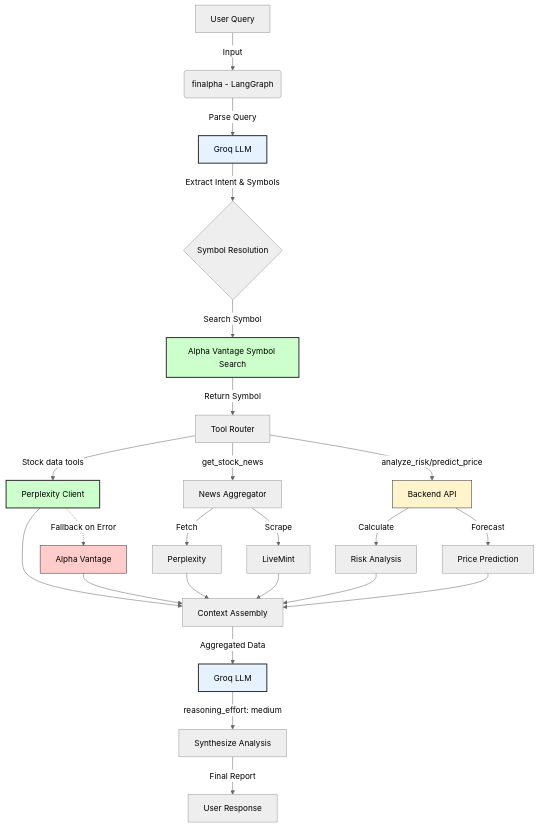
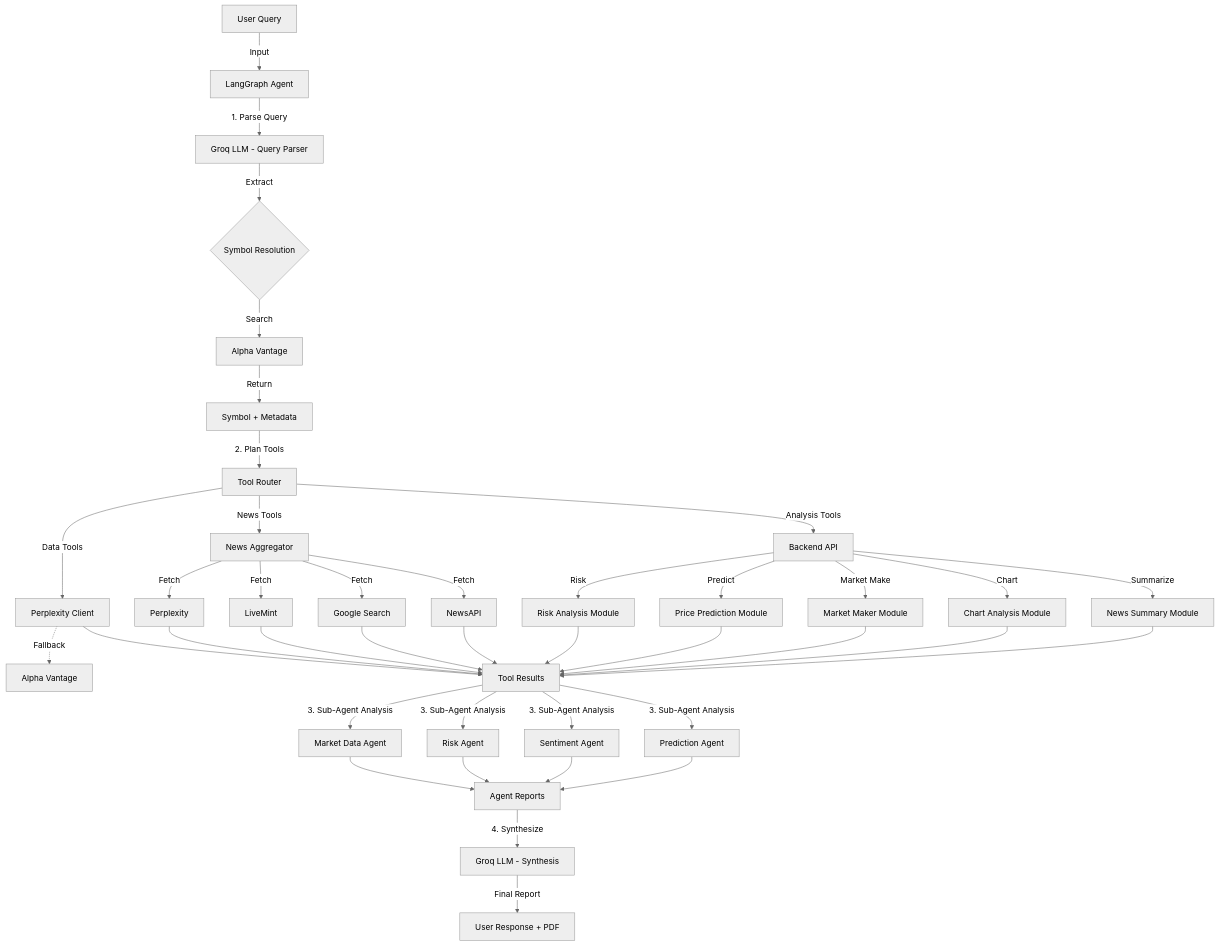
Before and after one commit to Shreyas-prog108/fin-alpha: the diagram in README.md, drawn with Mermaid (neutral theme). The commit also changed other lines of this file and 20 other files, not shown here.

Commit message:
added google search client,improve fallback,prompts,tool calling

````diff
--- a/README.md
+++ b/README.md
@@ -46,38 +59,52 @@
 ```mermaid
 graph TD
-    A[User Query] -->|Input| B(finalpha - LangGraph)
-    B -->|Parse Query| C[Groq LLM]
-    C -->|Extract Intent & Symbols| D{Symbol Resolution}
-  
-    D -->|Search Symbol| E[Alpha Vantage Symbol Search]
-    E -->|Return Symbol| F[Tool Router]
-  
-    F -->|Stock data tools| G[Perplexity Client]
-    G -.->|Fallback on Error| H[Alpha Vantage]
-  
-    F -->|get_stock_news| I[News Aggregator]
-    I -->|Fetch| J1[Perplexity]
-    I -->|Scrape| J2[LiveMint]
-  
-    F -->|analyze_risk/predict_price| K[Backend API]
-    K -->|Calculate| L1[Risk Analysis]
-    K -->|Forecast| L2[Price Prediction]
-  
-    G --> M[Context Assembly]
-    H --> M
-    J1 --> M
-    J2 --> M
-    L1 --> M
-    L2 --> M
-  
-    M -->|Aggregated Data| N[Groq LLM]
-    N -->|reasoning_effort: medium| O[Synthesize Analysis]
-    O -->|Final Report| P[User Response]
-  
-    style E fill:#ccffcc,stroke:#333,stroke-width:2px
-    style G fill:#ccffcc,stroke:#333,stroke-width:2px
-    style H fill:#ffcccc,stroke:#333
-    style C fill:#e6f3ff,stroke:#333,stroke-width:2px
-    style N fill:#e6f3ff,stroke:#333,stroke-width:2px
-    style K fill:#fff4cc,stroke:#333
+    A[User Query] -->|Input| B[LangGraph Agent]
+    
+    B -->|1. Parse Query| C[Groq LLM - Query Parser]
+    C -->|Extract| D{Symbol Resolution}
+    
+    D -->|Search| E[Alpha Vantage]
+    E -->|Return| F[Symbol + Metadata]
+    
+    F -->|2. Plan Tools| G[Tool Router]
+    
+    G -->|Data Tools| H[Perplexity Client]
+    H -.->|Fallback| I[Alpha Vantage]
+    
+    G -->|News Tools| J[News Aggregator]
+    J -->|Fetch| K1[Perplexity]
+    J -->|Fetch| K2[LiveMint]
+    J -->|Fetch| K3[Google Search]
+    J -->|Fetch| K4[NewsAPI]
+    
+    G -->|Analysis Tools| L[Backend API]
+    L -->|Risk| M1[Risk Analysis Module]
+    L -->|Predict| M2[Price Prediction Module]
+    L -->|Market Make| M3[Market Maker Module]
+    L -->|Chart| M4[Chart Analysis Module]
+    L -->|Summarize| M5[News Summary Module]
+    
+    H --> N[Tool Results]
+    K1 --> N
+    K2 --> N
+    K3 --> N
+    K4 --> N
+    M1 --> N
+    M2 --> N
+    M3 --> N
+    M4 --> N
+    M5 --> N
+    
+    N -->|3. Sub-Agent Analysis| O[Market Data Agent]
+    N -->|3. Sub-Agent Analysis| P[Risk Agent]
+    N -->|3. Sub-Agent Analysis| Q[Sentiment Agent]
+    N -->|3. Sub-Agent Analysis| R[Prediction Agent]
+    
+    O --> S[Agent Reports]
+    P --> S
+    Q --> S
+    R --> S
+    
+    S -->|4. Synthesize| T[Groq LLM - Synthesis]
+    T -->|Final Report| U[User Response + PDF]
 ```
````
